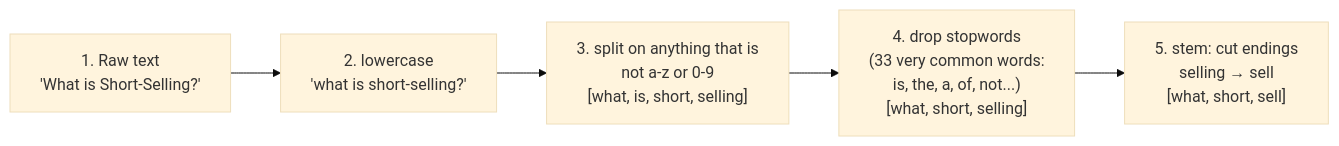
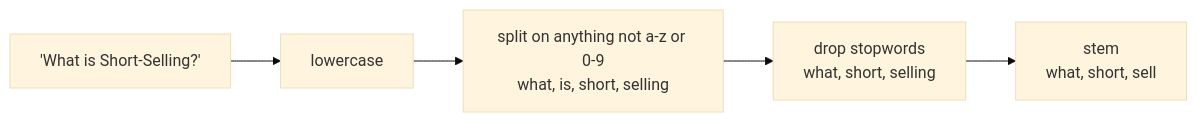
The first of 3 diagrams in docs/from_zero/03_keyword_search_bm25.md (node31/fiqa-agentic-retrieval), drawn with Mermaid (base theme) before and after one commit. The commit also changed other lines of this file and 9 other files, not shown here.

````diff
--- a/docs/from_zero/03_keyword_search_bm25.md
+++ b/docs/from_zero/03_keyword_search_bm25.md
@@ -23,7 +13,7 @@
 ```mermaid
 flowchart LR
-    T["1. Raw text<br/>'What is Short-Selling?'"] --> L["2. lowercase<br/>'what is short-selling?'"]
-    L --> S["3. split on anything that is<br/>not a-z or 0-9<br/>[what, is, short, selling]"]
-    S --> W["4. drop stopwords<br/>(33 very common words:<br/>is, the, a, of, not...)<br/>[what, short, selling]"]
-    W --> M["5. stem: cut endings<br/>selling → sell<br/>[what, short, sell]"]
+    T["'What is Short-Selling?'"] --> L["lowercase"]
+    L --> S["split on anything not a-z or 0-9<br/>what, is, short, selling"]
+    S --> W["drop stopwords<br/>what, short, selling"]
+    W --> M["stem<br/>what, short, sell"]
 ```
````
